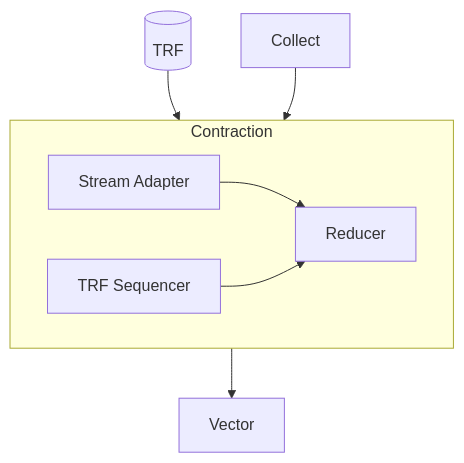
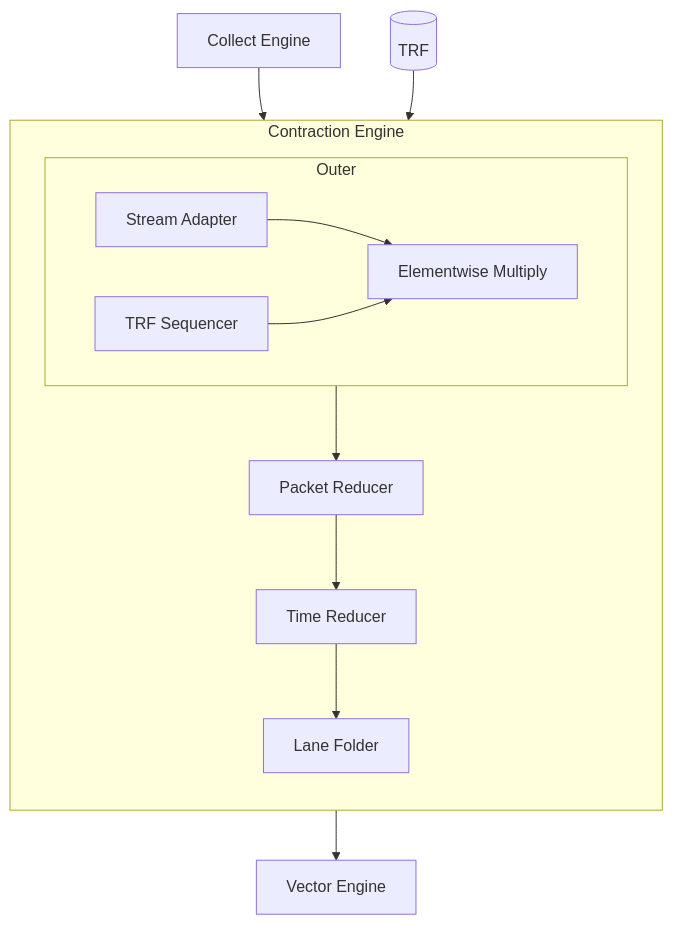
Before and after one commit to furiosa-ai/furiosa-opt: the diagram in docs/src/computing-tensors/contraction-engine/index.md, drawn with Mermaid. The commit also changed other lines of this file and 347 other files, not shown here.

````diff
--- a/docs/src/computing-tensors/contraction-engine/index.md
+++ b/docs/src/computing-tensors/contraction-engine/index.md
@@ -32,18 +18,35 @@
 ```mermaid
+%%{init: {'flowchart': {'htmlLabels': true}, 'themeCSS': '.cluster-label .nodeLabel { font-size: 16px; font-weight: 600; }'}}%%
 flowchart TB
-    subgraph CE[Contraction]
-        direction LR
-        SA[Stream Adapter] --> RD[Reducer]
-        TS[TRF Sequencer] --> RD
+    CO[Collect Engine] --> SA
+    TRF[(TRF)] --> TS
+
+    subgraph CE[Contraction Engine]
+        direction TB
+        subgraph BC[Outer]
+            direction LR
+            SA[Stream Adapter]
+            TS[TRF Sequencer]
+            MUL[Elementwise Multiply]
+            SA --> MUL
+            TS --> MUL
+        end
+        SC[Packet Reducer]
+        TR[Time Reducer]
+        RR[Lane Folder]
+        MUL --> SC
+        SC --> TR
+        TR --> RR
     end
 
-    TRF[(TRF)] --> TS
-    CO[Collect] --> SA
-    RD --> VE[Vector]
+    RR --> VE[Vector Engine]
 
-    click SA "./stream-adapter.html" "Stream Adapter"
-    click TS "./trf-sequencer.html" "TRF Sequencer"
-    click RD "./reducer.html" "Reducer"
+    click SA "./outer.html#stream-adapter" "Stream Adapter"
+    click TS "./outer.html#trf-sequencer" "TRF Sequencer"
+    click SC "./packet-reducer.html" "Packet Reducer"
+    click TR "./time-reducer.html" "Time Reducer"
+    click RR "./lane-folder.html" "Lane Folder"
     click CO "../collect-engine.html" "Collect Engine"
+    click TRF "../register-files.html#tensor-register-file" "Tensor Register File"
     click VE "../vector-engine/index.html" "Vector Engine"
 ```
````
